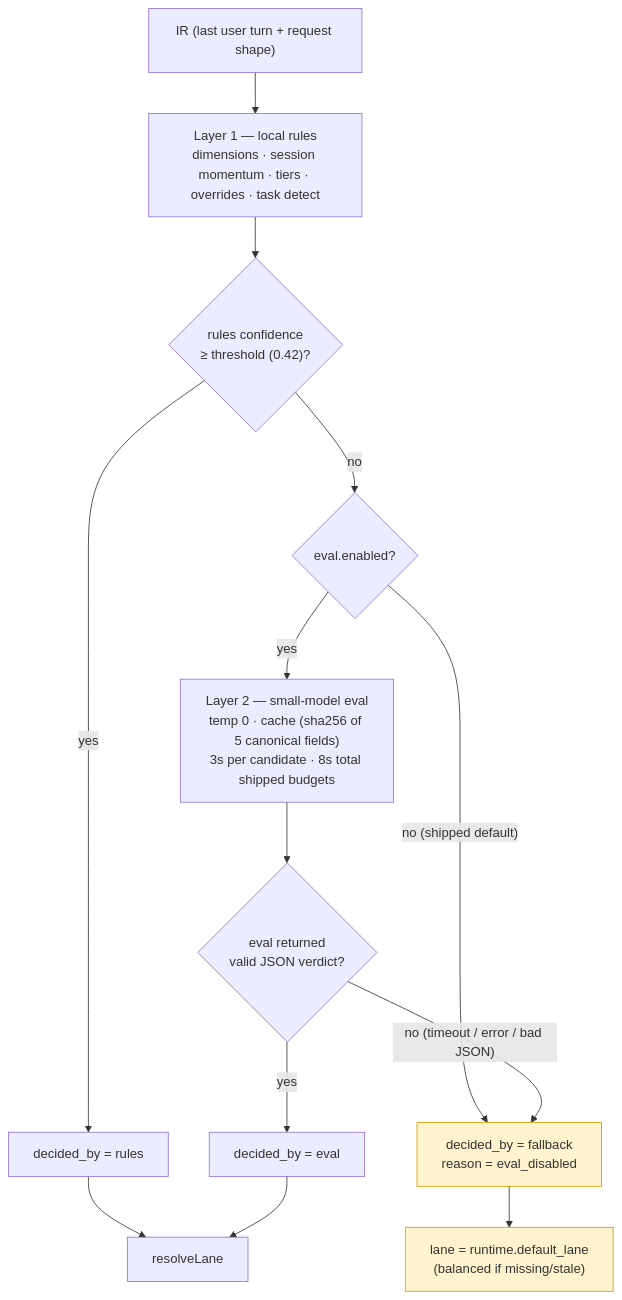
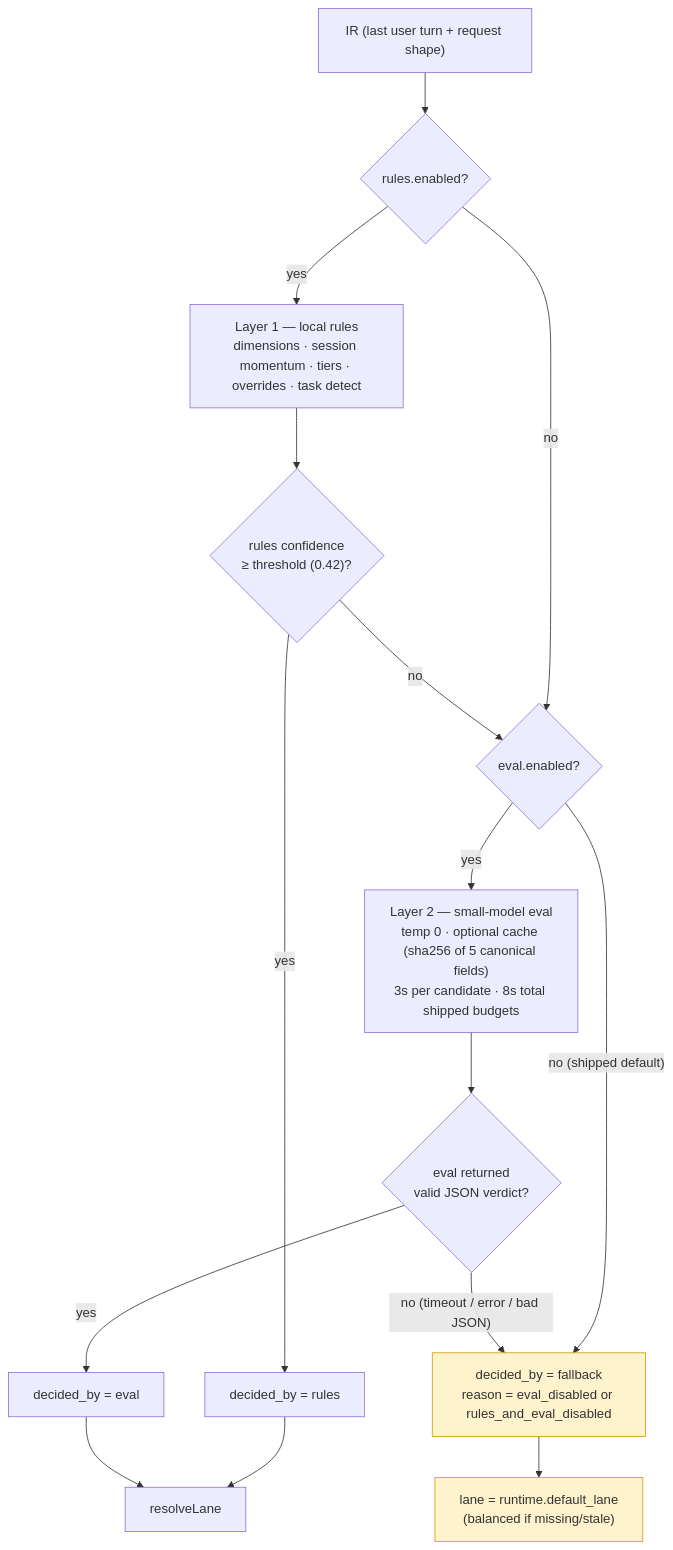
The fifth of 13 diagrams in docs/architecture.md (EasyMetaAu/helm-api), drawn with Mermaid before and after one commit. The commit also changed other lines of this file and 47 other files, not shown here.

````diff
--- a/docs/architecture.md
+++ b/docs/architecture.md
@@ -287,18 +287,20 @@
 ```mermaid
 flowchart TD
-    A["IR (last user turn + request shape)"] --> B["Layer 1 — local rules<br/>dimensions · session momentum · tiers · overrides · task detect"]
+    A["IR (last user turn + request shape)"] --> R{"rules.enabled?"}
+    R -- "yes" --> B["Layer 1 — local rules<br/>dimensions · session momentum · tiers · overrides · task detect"]
+    R -- "no" --> D
     B --> C{"rules confidence<br/>≥ threshold (0.42)?"}
     C -- "yes" --> RULES["decided_by = rules"]
     C -- "no" --> D{"eval.enabled?"}
-    D -- "no (shipped default)" --> FB["decided_by = fallback<br/>reason = eval_disabled"]
-    D -- "yes" --> E["Layer 2 — small-model eval<br/>temp 0 · cache (sha256 of 5 canonical fields)<br/>3s per candidate · 8s total shipped budgets"]
+    D -- "no (shipped default)" --> FB["decided_by = fallback<br/>reason = eval_disabled or rules_and_eval_disabled"]
+    D -- "yes" --> E["Layer 2 — small-model eval<br/>temp 0 · optional cache (sha256 of 5 canonical fields)<br/>3s per candidate · 8s total shipped budgets"]
     E --> F{"eval returned<br/>valid JSON verdict?"}
     F -- "yes" --> EVAL["decided_by = eval"]
     F -- "no (timeout / error / bad JSON)" --> FB
     RULES --> RL["resolveLane"]
     EVAL --> RL
     FB --> BAL["lane = runtime.default_lane<br/>(balanced if missing/stale)"]
 
     style FB fill:#fff3cd,stroke:#d39e00
     style BAL fill:#fff3cd,stroke:#d39e00
 ```
````
